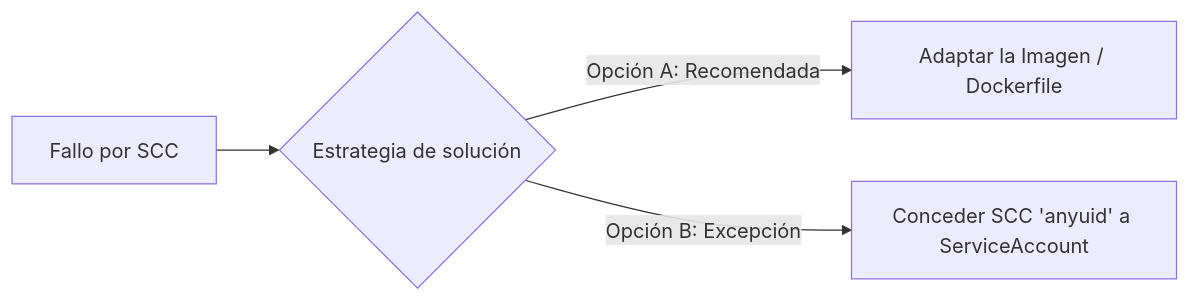
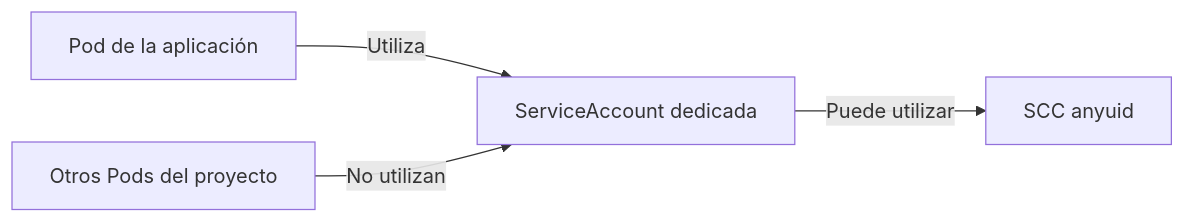
Before and after one commit to ieftraining/curso-openshift: the third of 3 diagrams in docs/sesion2/2.6 Politicas de Seguridad.md, drawn with Mermaid. The commit also changed other lines of this file, not shown here.

````diff
--- a/docs/sesion2/2.6 Politicas de Seguridad.md
+++ b/docs/sesion2/2.6 Politicas de Seguridad.md
@@ -128,6 +239,6 @@
 ```mermaid
 flowchart LR
-    A[Fallo por SCC] --> B{Estrategia de solución}
-    B -->|Opción A: Recomendada| C[Adaptar la Imagen / Dockerfile]
-    B -->|Opción B: Excepción| D[Conceder SCC 'anyuid' a ServiceAccount]
+    SA[ServiceAccount dedicada] -->|Puede utilizar| SCC[SCC anyuid]
+    POD[Pod de la aplicación] -->|Utiliza| SA
+    OTHER[Otros Pods del proyecto] -->|No utilizan| SA
 ```
````
